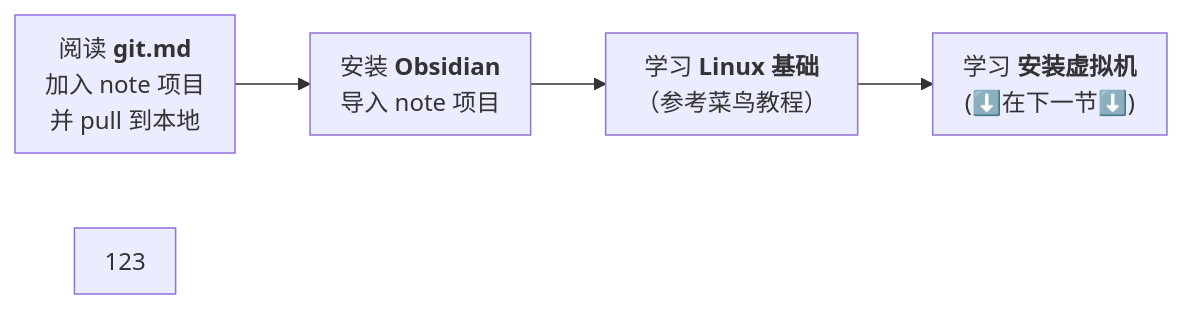
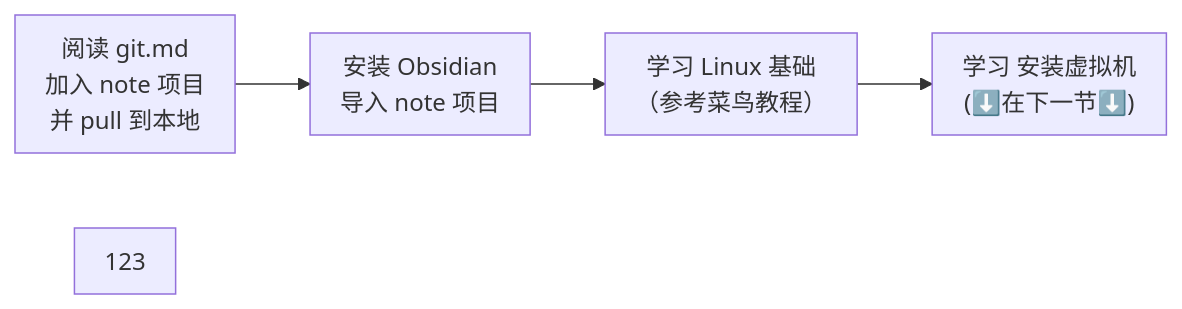
One commit to ICrazybabyI/note changed the first of 2 diagrams in linux_note/README_linux.md. Above: the diagram before and after it, drawn with Mermaid.

Commit message:
vault backup: 2026-06-17 08:28:22

````diff
--- a/linux_note/README_linux.md
+++ b/linux_note/README_linux.md
@@ -11,14 +11,15 @@
 ```mermaid
 %%{init: {'flowchart': {'width': 100,'padding':10},'theme':'default'}}%%
 
+
 graph LR
-    A["`阅读 **git.md**<br/>加入 note 项目<br/>并 pull 到本地`"]
-    B["`安装 **Obsidian**<br/>导入 note 项目`"]
-    C["`学习 **Linux 基础**<br/>（参考菜鸟教程）`"]
-    D["`学习 **安装虚拟机**<br/> (⬇️在下一节⬇️)`"]
-	E["`123`"]
+    A["阅读 git.md<br/>加入 note 项目<br/>并 pull 到本地"]
+    B["安装 Obsidian<br/>导入 note 项目"]
+    C["学习 Linux 基础<br/>（参考菜鸟教程）"]
+    D["学习 安装虚拟机<br/> (⬇️在下一节⬇️)"]
+	E["123"]
     A --> B --> C --> D
 	E
 click A href "http://192.168.31.245:8989/wlyw/note/-/blob/main/linux_note/git.md" _blank
 click C href "http://192.168.31.245:8083/"
 ```
````
